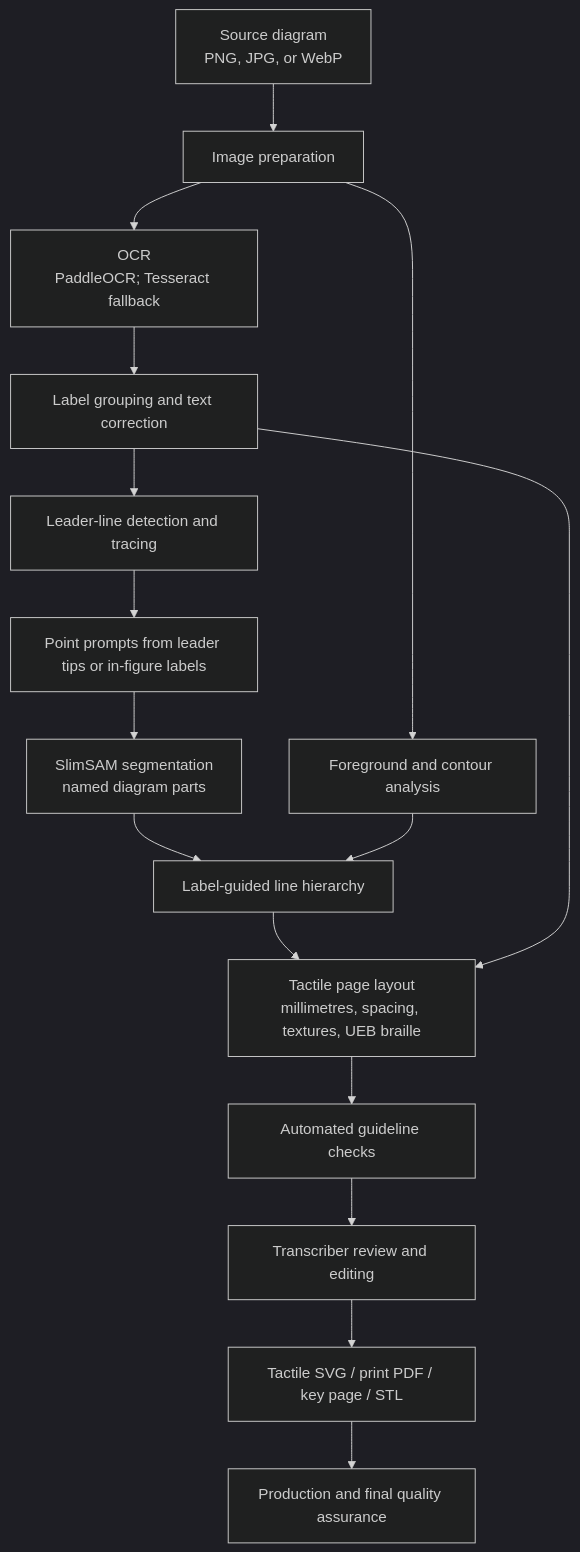
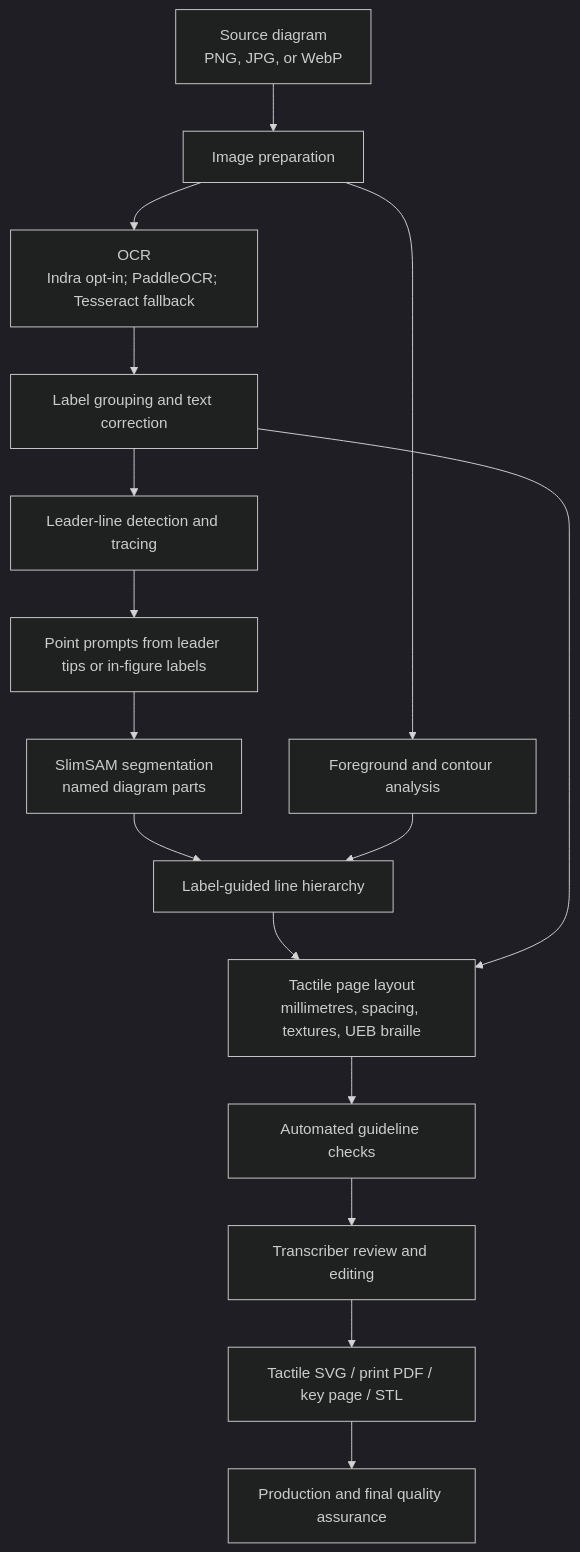
The diagram in README.md (mrhunsaker/TactiDiagram), drawn with Mermaid (dark theme) before and after one commit. The commit also changed other lines of this file and 13 other files, not shown here.

First line of the commit message:
Indra ocr onnx (#17)

````diff
--- a/README.md
+++ b/README.md
@@ -29,18 +30,18 @@
 ```mermaid
 flowchart TD
     A["Source diagram<br/>PNG, JPG, or WebP"] --> B["Image preparation"]
-    B --> C["OCR<br/>PaddleOCR; Tesseract fallback"]
+    B --> C["OCR<br/>Indra opt-in; PaddleOCR; Tesseract fallback"]
     C --> D["Label grouping and text correction"]
     D --> E["Leader-line detection and tracing"]
     E --> F["Point prompts from leader tips or in-figure labels"]
     F --> G["SlimSAM segmentation<br/>named diagram parts"]
     B --> H["Foreground and contour analysis"]
     G --> I["Label-guided line hierarchy"]
     H --> I
     I --> J["Tactile page layout<br/>millimetres, spacing, textures, UEB braille"]
     D --> J
     J --> K["Automated guideline checks"]
     K --> L["Transcriber review and editing"]
     L --> M["Tactile SVG / print PDF / key page / STL"]
     M --> N["Production and final quality assurance"]
 ```
````
